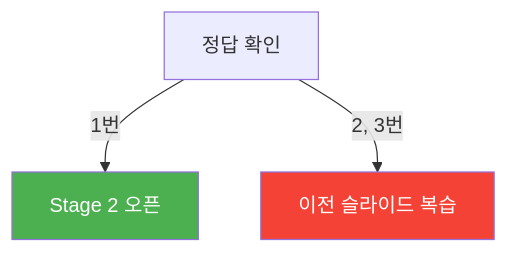
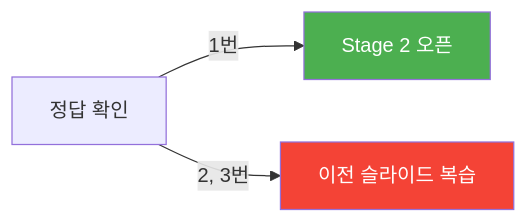
The diagram in practice/data/content/pygame_marp_course/lesson05_extensions/lesson/slide.md (sleepyhood/StepCode), drawn with Mermaid before and after one commit. The commit also changed other lines of this file and 25 other files, not shown here.

````diff
--- a/practice/data/content/pygame_marp_course/lesson05_extensions/lesson/slide.md
+++ b/practice/data/content/pygame_marp_course/lesson05_extensions/lesson/slide.md
@@ -99,7 +78,7 @@
 ```mermaid
-graph TD
+graph LR
     A[정답 확인] -->|1번| B[Stage 2 오픈]
     A -->|2, 3번| C[이전 슬라이드 복습]
     style B fill:#4caf50,color:#fff
     style C fill:#f44336,color:#fff
 ```
````
